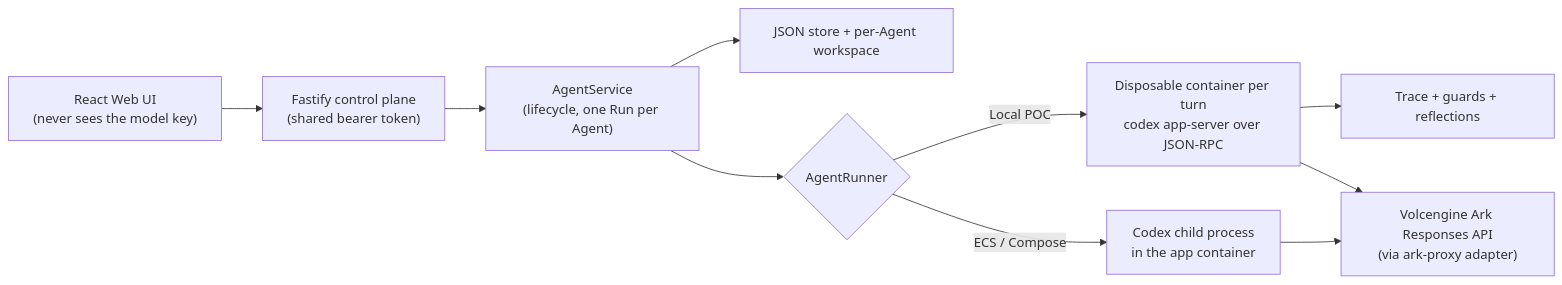
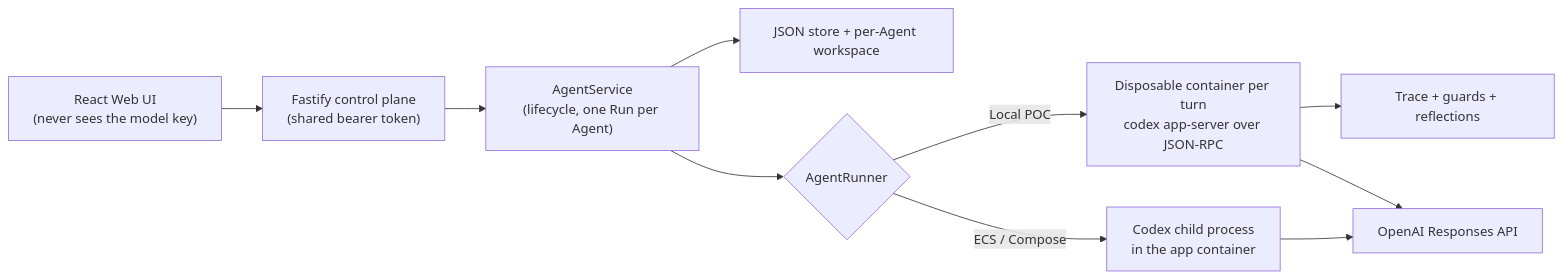
The diagram in README.md (Full-Stack-Project-Fast-Tix/agent-middleware), drawn with Mermaid before and after one commit. The commit also changed other lines of this file and 25 other files, not shown here.

````diff
--- a/README.md
+++ b/README.md
@@ -426,12 +420,12 @@
 ```mermaid
 flowchart LR
     UI["React Web UI<br/>(never sees the model key)"] --> API["Fastify control plane<br/>(shared bearer token)"]
     API --> Svc["AgentService<br/>(lifecycle, one Run per Agent)"]
     Svc --> Store["JSON store + per-Agent workspace"]
     Svc --> Runner{"AgentRunner"}
     Runner -->|Local POC| Cont["Disposable container per turn<br/>codex app-server over JSON-RPC"]
     Runner -->|ECS / Compose| Proc["Codex child process<br/>in the app container"]
     Cont --> Trace["Trace + guards + reflections"]
-    Cont --> Ark["Volcengine Ark Responses API<br/>(via ark-proxy adapter)"]
-    Proc --> Ark
+    Cont --> Model["OpenAI Responses API"]
+    Proc --> Model
 ```
````
